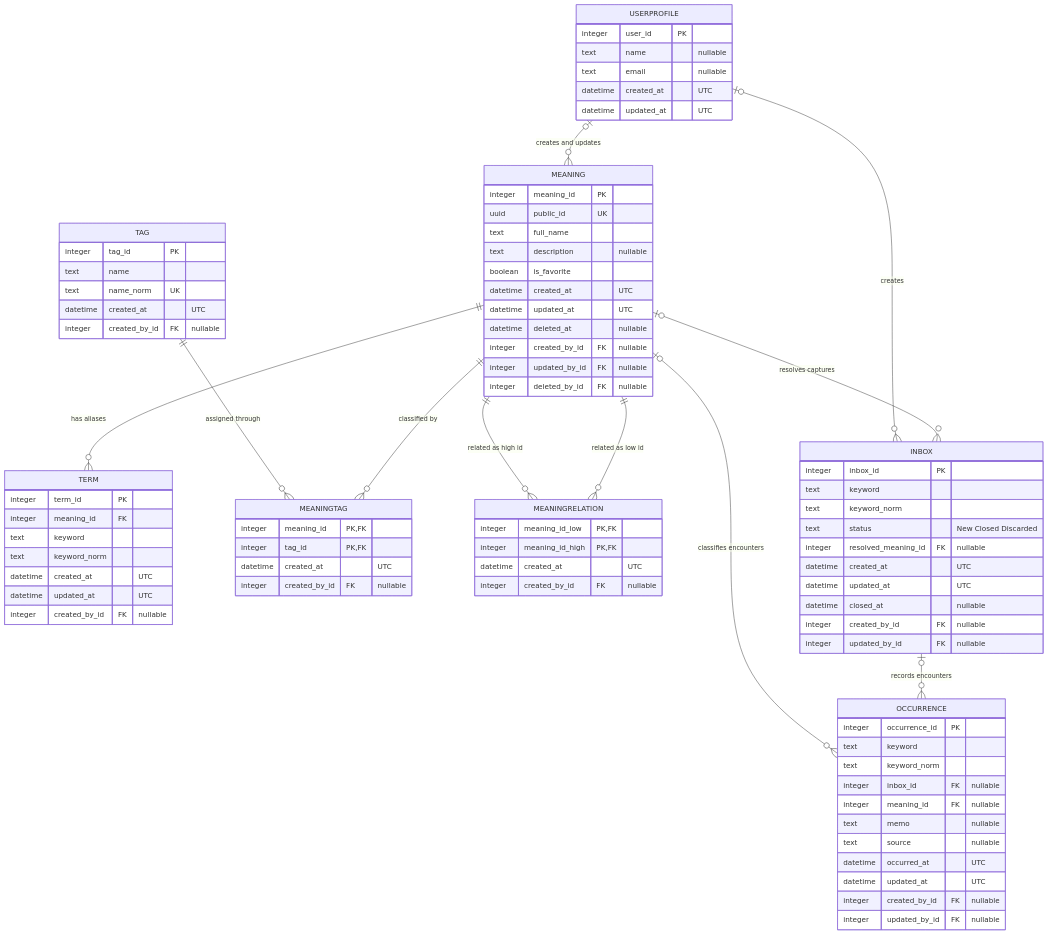
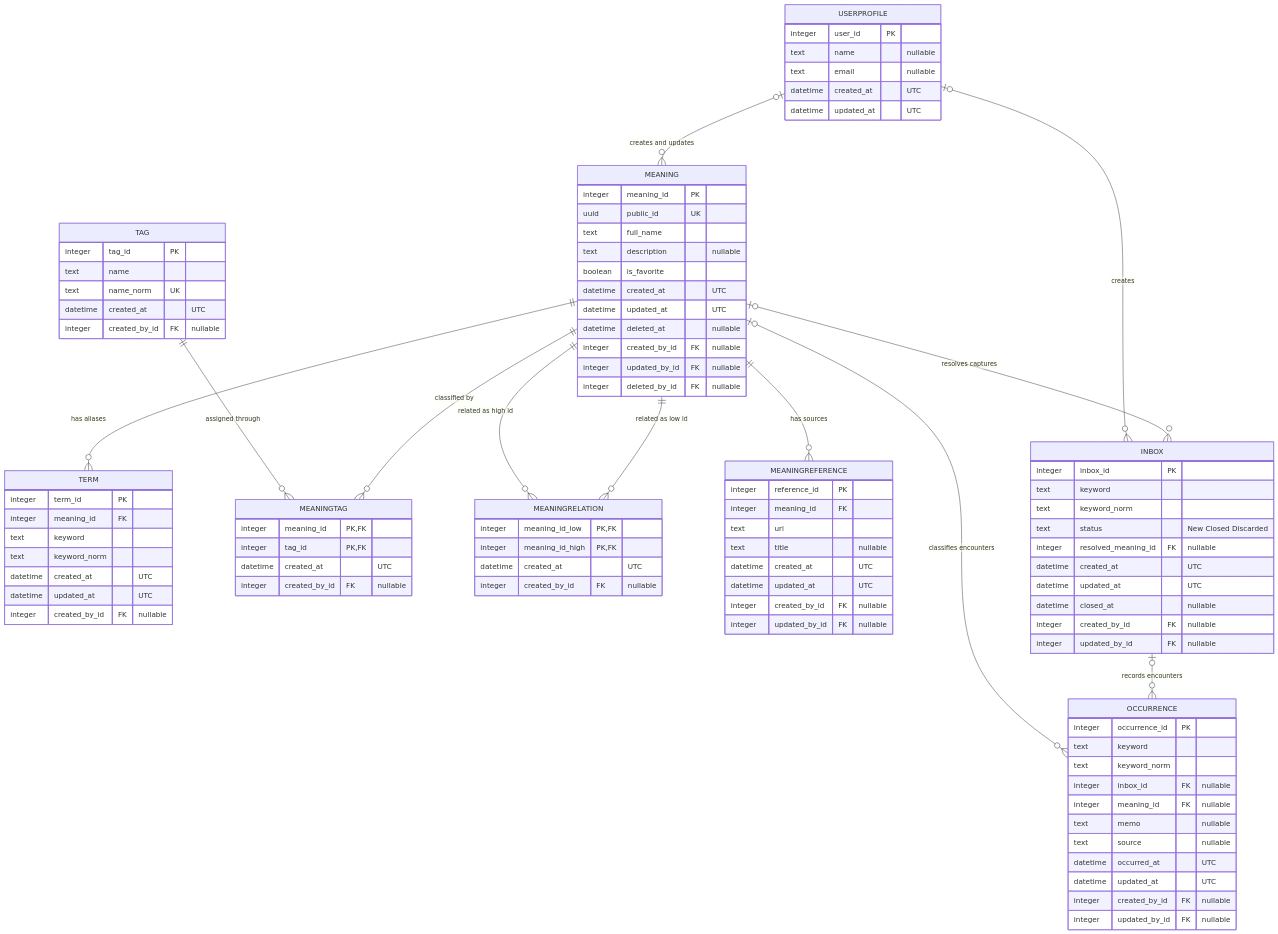
Before and after one commit to niikei/TermKeeper: the first of 2 diagrams in docs/003_domain_model.md, drawn with Mermaid. The commit also changed other lines of this file and 16 other files, not shown here.

Commit message:
feat: add meaning reference links

```diff
--- a/docs/003_domain_model.md
+++ b/docs/003_domain_model.md
@@ -18,6 +18,7 @@
     MEANING ||--o{ MEANINGTAG : "classified by"
     MEANING ||--o{ MEANINGRELATION : "related as low id"
     MEANING ||--o{ MEANINGRELATION : "related as high id"
+    MEANING ||--o{ MEANINGREFERENCE : "has sources"
     TAG ||--o{ MEANINGTAG : "assigned through"
     MEANING o|--o{ INBOX : "resolves captures"
     INBOX o|--o{ OCCURRENCE : "records encounters"
@@ -79,6 +80,17 @@
         integer created_by_id FK "nullable"
     }
 
+    MEANINGREFERENCE {
+        integer reference_id PK
+        integer meaning_id FK
+        text url
+        text title "nullable"
+        datetime created_at "UTC"
+        datetime updated_at "UTC"
+        integer created_by_id FK "nullable"
+        integer updated_by_id FK "nullable"
+    }
+
     INBOX {
         integer inbox_id PK
         text keyword
```
